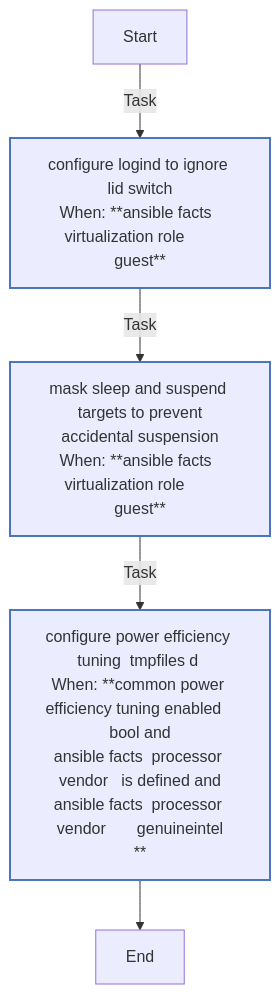
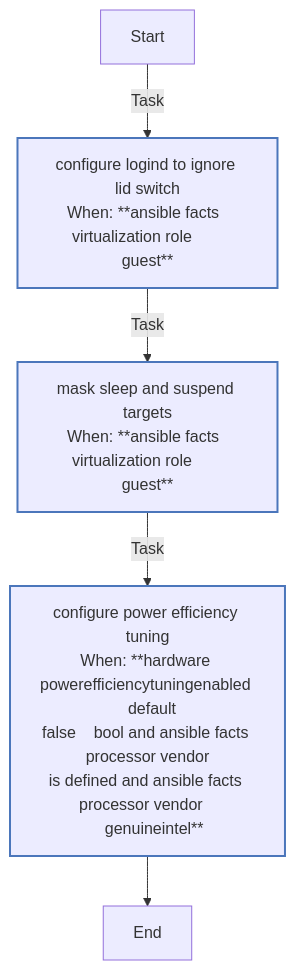
One commit to rou-cru/k3s-homelab changed the seventh of 8 diagrams in roles/common/README.md. Above: the diagram before and after it, drawn with Mermaid. The commit also changed other lines of this file and 277 other files, not shown here.

````diff
--- a/roles/common/README.md
+++ b/roles/common/README.md
@@ -686,17 +533,17 @@
 ```mermaid
 flowchart TD
 Start
 classDef block stroke:#3498db,stroke-width:2px;
 classDef task stroke:#4b76bb,stroke-width:2px;
 classDef includeTasks stroke:#16a085,stroke-width:2px;
 classDef importTasks stroke:#34495e,stroke-width:2px;
 classDef includeRole stroke:#2980b9,stroke-width:2px;
 classDef importRole stroke:#699ba7,stroke-width:2px;
 classDef includeVars stroke:#8e44ad,stroke-width:2px;
 classDef rescue stroke:#665352,stroke-width:2px;
 
   Start-->|Task| Configure_logind_to_ignore_Lid_Switch0[configure logind to ignore lid switch<br>When: **ansible facts  virtualization role       guest**]:::task
-  Configure_logind_to_ignore_Lid_Switch0-->|Task| Mask_sleep_and_suspend_targets_to_prevent_accidental_suspension1[mask sleep and suspend targets to prevent<br>accidental suspension<br>When: **ansible facts  virtualization role       guest**]:::task
-  Mask_sleep_and_suspend_targets_to_prevent_accidental_suspension1-->|Task| Configure_Power_Efficiency_Tuning__tmpfiles_d_2[configure power efficiency tuning  tmpfiles d <br>When: **common power efficiency tuning enabled   bool and<br>ansible facts  processor vendor   is defined and<br>ansible facts  processor vendor       genuineintel<br>**]:::task
-  Configure_Power_Efficiency_Tuning__tmpfiles_d_2-->End
+  Configure_logind_to_ignore_Lid_Switch0-->|Task| Mask_sleep_and_suspend_targets1[mask sleep and suspend targets<br>When: **ansible facts  virtualization role       guest**]:::task
+  Mask_sleep_and_suspend_targets1-->|Task| Configure_Power_Efficiency_Tuning2[configure power efficiency tuning<br>When: **hardware powerefficiencytuningenabled   default<br>false    bool and ansible facts  processor vendor <br> is defined and ansible facts  processor vendor   <br>   genuineintel**]:::task
+  Configure_Power_Efficiency_Tuning2-->End
 ```
````
